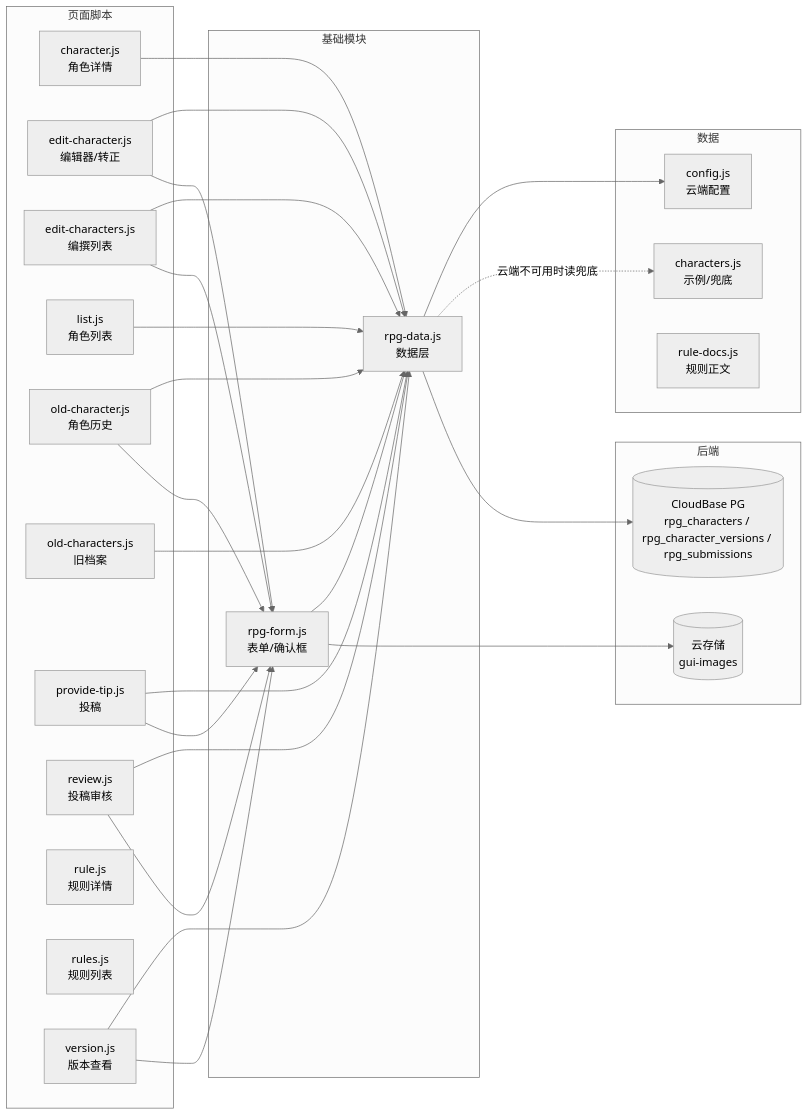
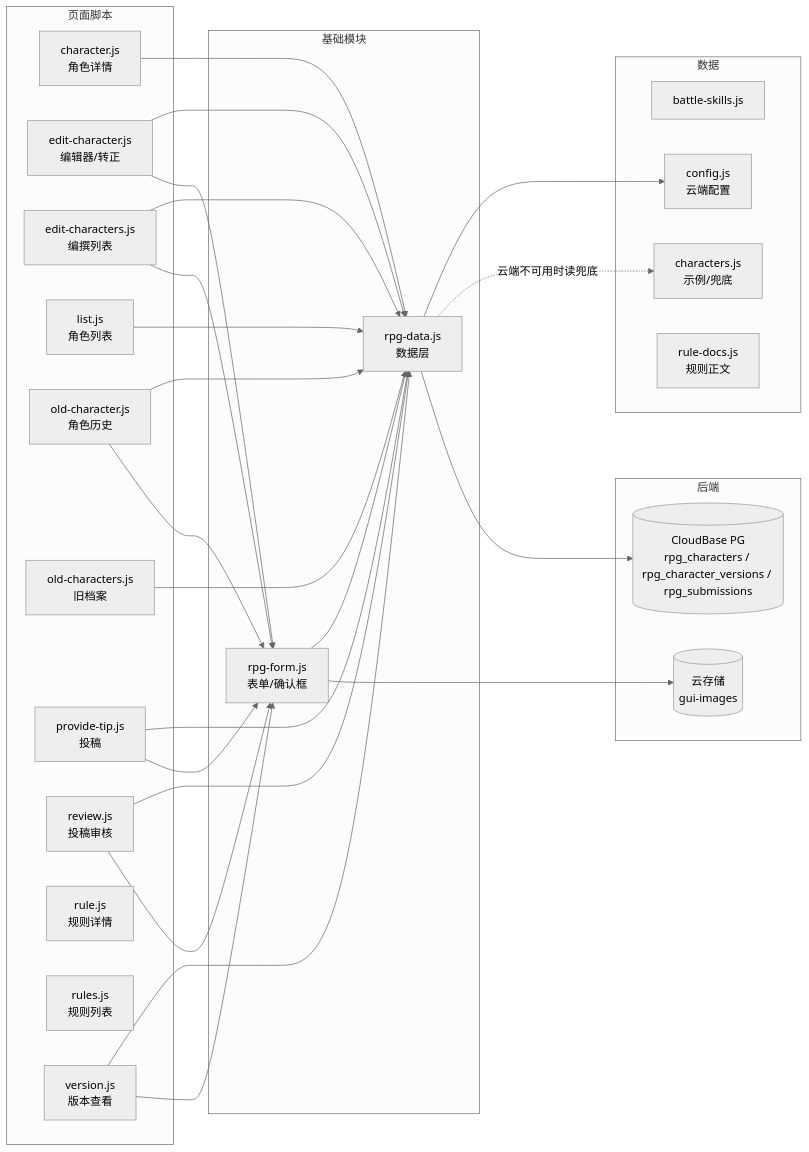
The second of 2 diagrams in rpg6.0/架构.md (cangwu-protect-union/cangwu-protect-union.github.io), drawn with Mermaid (neutral theme) before and after one commit. The commit also changed other lines of this file and 115 other files, not shown here.

````diff
--- a/rpg6.0/架构.md
+++ b/rpg6.0/架构.md
@@ -90,61 +90,62 @@
 ```mermaid
 flowchart LR
 
   subgraph scriptLayer2["页面脚本"]
     S_character["character.js<br/>角色详情"]
     S_edit_character["edit-character.js<br/>编辑器/转正"]
     S_edit_characters["edit-characters.js<br/>编撰列表"]
     S_list["list.js<br/>角色列表"]
     S_old_character["old-character.js<br/>角色历史"]
     S_old_characters["old-characters.js<br/>旧档案"]
     S_provide_tip["provide-tip.js<br/>投稿"]
     S_review["review.js<br/>投稿审核"]
     S_rule["rule.js<br/>规则详情"]
     S_rules["rules.js<br/>规则列表"]
     S_version["version.js<br/>版本查看"]
   end
 
   subgraph baseLayer["基础模块"]
     M_rpg_data["rpg-data.js<br/>数据层"]
     M_rpg_form["rpg-form.js<br/>表单/确认框"]
   end
 
   subgraph dataLayer["数据"]
+    D_battle_skills["battle-skills.js"]
     D_characters["characters.js<br/>示例/兜底"]
     D_config["config.js<br/>云端配置"]
     D_rule_docs["rule-docs.js<br/>规则正文"]
   end
 
   subgraph backend["后端"]
     DB[("CloudBase PG<br/>rpg_characters / rpg_character_versions / rpg_submissions")]
     ST[("云存储<br/>gui-images")]
   end
 
   %% 页面脚本 → 基础模块
   S_character --> M_rpg_data
   S_edit_character --> M_rpg_data
   S_edit_character --> M_rpg_form
   S_edit_characters --> M_rpg_data
   S_edit_characters --> M_rpg_form
   S_list --> M_rpg_data
   S_old_character --> M_rpg_data
   S_old_character --> M_rpg_form
   S_old_characters --> M_rpg_data
   S_provide_tip --> M_rpg_data
   S_provide_tip --> M_rpg_form
   S_review --> M_rpg_data
   S_review --> M_rpg_form
   S_version --> M_rpg_data
   S_version --> M_rpg_form
 
   %% 基础模块之间的依赖
   M_rpg_form --> M_rpg_data
 
   %% 配置与兜底数据
   M_rpg_data --> D_config
   M_rpg_data -.云端不可用时读兜底.-> D_characters
 
   %% 后端
   M_rpg_data --> DB
   M_rpg_form --> ST
 ```
````
